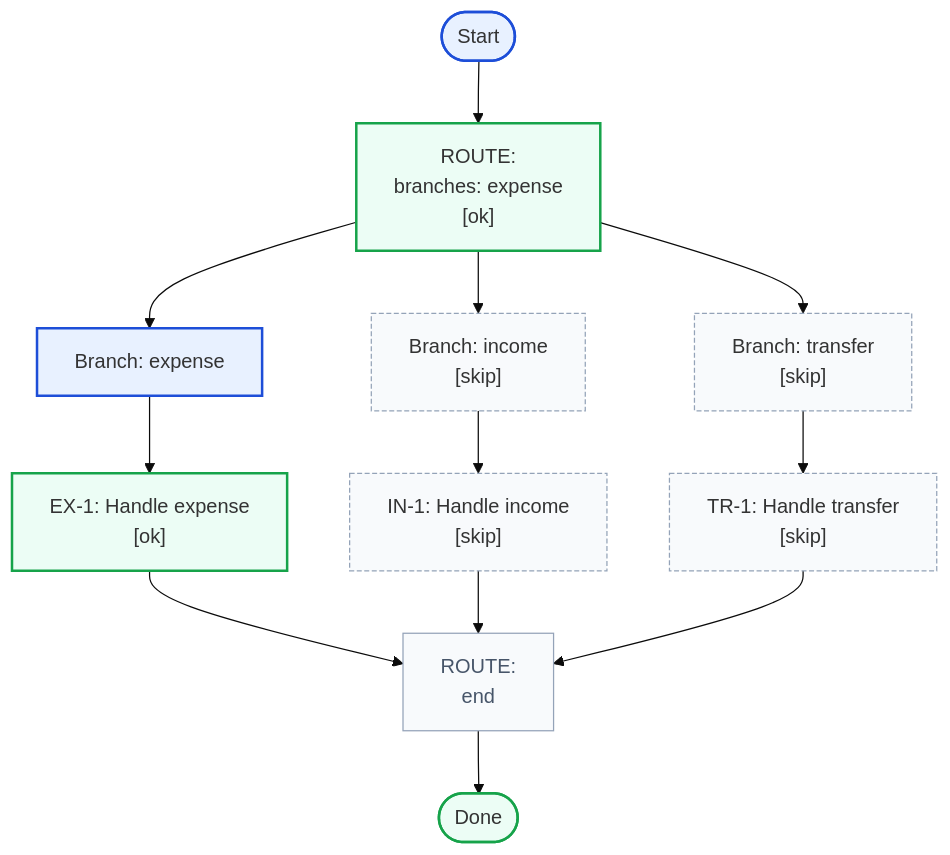
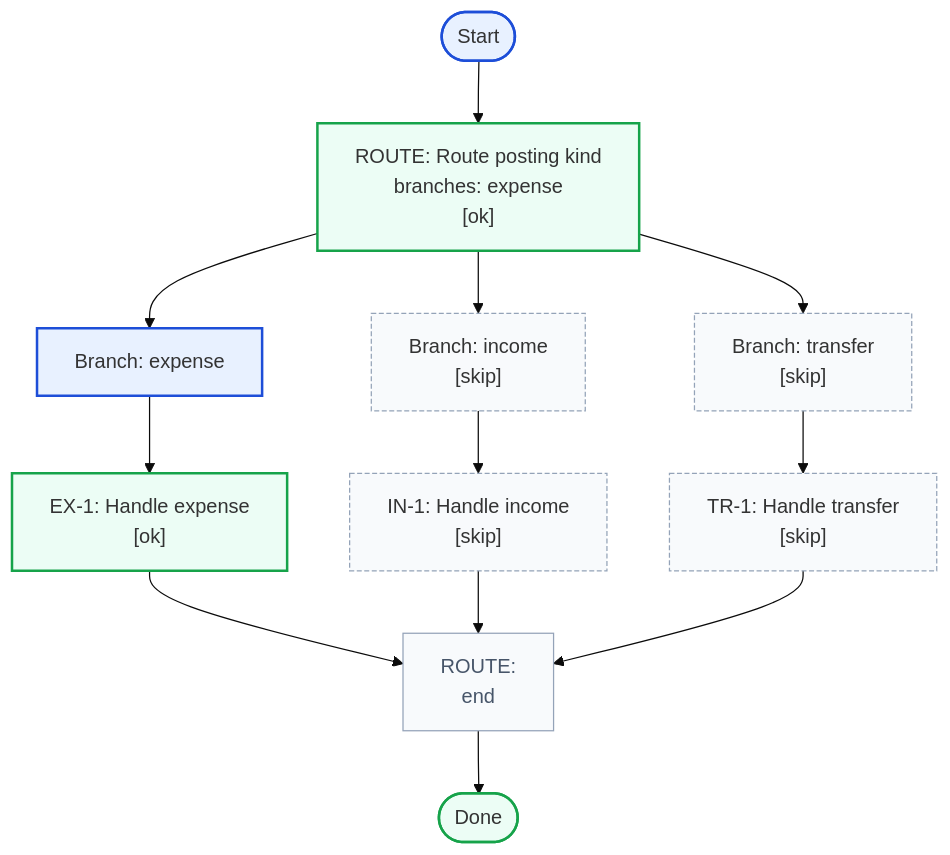
The seventh of 10 diagrams in README.md (mikko-apo/structured-flow), drawn with Mermaid (base theme) before and after one commit. The commit also changed other lines of this file and 9 other files, not shown here.

````diff
--- a/README.md
+++ b/README.md
@@ -733,48 +1058,48 @@
 ```mermaid
 flowchart TD
   start([Start])
-  step_0["ROUTE:
+  step_0["ROUTE: Route posting kind
 branches: expense
 [ok]"]
   branch_0_end["ROUTE:
 end"]
   branch_0_end --> done
   class branch_0_end join
   branch_0_0_start["Branch: expense"]
   step_0 --> branch_0_0_start
   branch_0_0_step_0["EX-1: Handle expense
 [ok]"]
   branch_0_0_start --> branch_0_0_step_0
   branch_0_0_step_0 --> branch_0_end
   class branch_0_0_step_0 success
   class branch_0_0_start executed
   branch_0_1_start["Branch: income
 [skip]"]
   step_0 --> branch_0_1_start
   branch_0_1_step_0["IN-1: Handle income
 [skip]"]
   branch_0_1_start --> branch_0_1_step_0
   branch_0_1_step_0 --> branch_0_end
   class branch_0_1_step_0 neutral
   class branch_0_1_start neutral
   branch_0_2_start["Branch: transfer
 [skip]"]
   step_0 --> branch_0_2_start
   branch_0_2_step_0["TR-1: Handle transfer
 [skip]"]
   branch_0_2_start --> branch_0_2_step_0
   branch_0_2_step_0 --> branch_0_end
   class branch_0_2_step_0 neutral
   class branch_0_2_start neutral
   done([Done])
   start --> step_0
   classDef executed fill:#e8f1ff,stroke:#1d4ed8,stroke-width:2px
   classDef success fill:#ecfdf5,stroke:#16a34a,stroke-width:2px
   classDef complete fill:#f0fdf4,stroke:#15803d,stroke-width:2px
   classDef failure fill:#fef2f2,stroke:#dc2626,stroke-width:2px
   classDef neutral fill:#f8fafc,stroke:#94a3b8,stroke-dasharray: 4 2
   classDef join fill:#f8fafc,stroke:#94a3b8,stroke-width:1px,color:#475569
   class step_0 success
   class start executed
   class done success
 ```
````
